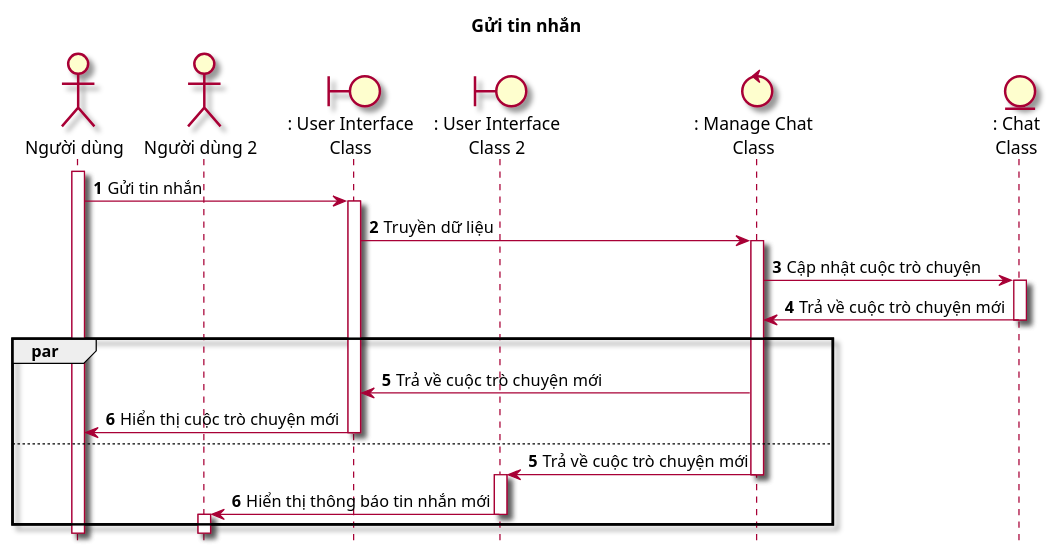
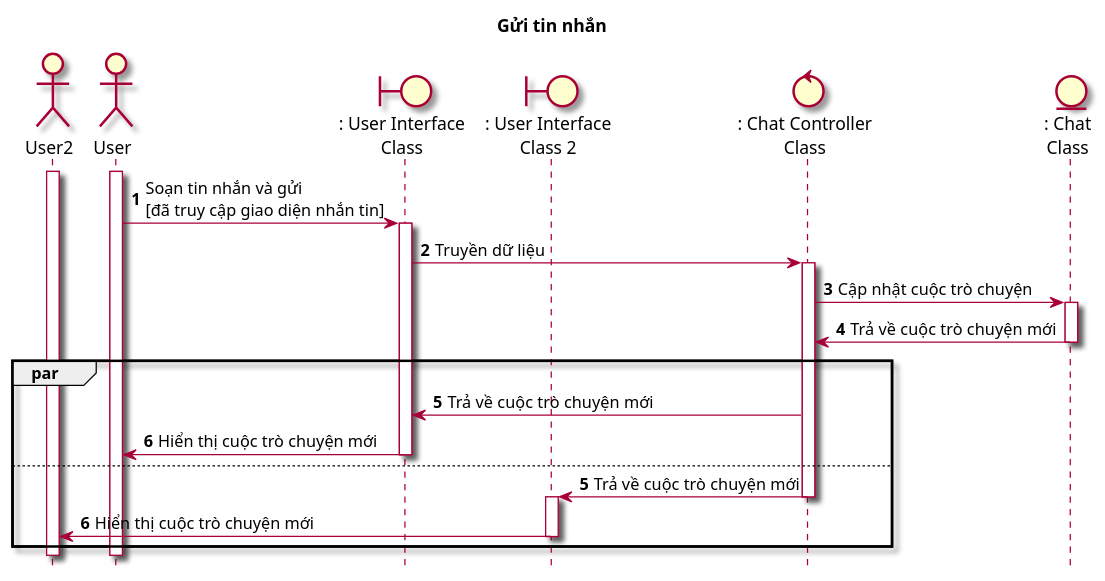
One commit to Griselda4774/EAS-EmploymentAssistanceSystem changed the diagram in Lab1/Lab 1.2 Diagram/Sequence/FilePUML/11.2. SeqGuiTinNhan.puml. Above: the diagram before and after it, drawn with PlantUML. The commit also changed 14 other files, not shown here.

```diff
--- a/Lab1/Lab 1.2 Diagram/Sequence/FilePUML/11.2. SeqGuiTinNhan.puml
+++ b/Lab1/Lab 1.2 Diagram/Sequence/FilePUML/11.2. SeqGuiTinNhan.puml
@@ -1,34 +1,34 @@
 @startuml SeqGuiTinNhan
 
 skin rose
 hide footbox
 title Gửi tin nhắn
 
-actor "Người dùng" as nguoiDung
-actor "Người dùng 2" as nguoiDung2
+actor User2 as user2
+actor User as user
 boundary ": User Interface\nClass" as userInterface
 boundary ": User Interface\nClass 2" as userInterface2
-control ": Manage Chat\nClass" as manageChat
+control ": Chat Controller\nClass" as chatController
 entity ": Chat\nClass" as Chat
 
 autonumber
-nguoiDung++
-nguoiDung -> userInterface++ : Gửi tin nhắn
-userInterface -> manageChat++ : Truyền dữ liệu
-manageChat -> Chat++ : Cập nhật cuộc trò chuyện
-Chat -> manageChat-- : Trả về cuộc trò chuyện mới
+user++
+user2++
+user -> userInterface++ : Soạn tin nhắn và gửi\n[đã truy cập giao diện nhắn tin]
+userInterface -> chatController++ : Truyền dữ liệu
+chatController -> Chat++ : Cập nhật cuộc trò chuyện
+Chat -> chatController-- : Trả về cuộc trò chuyện mới
 par
-    manageChat -> userInterface : Trả về cuộc trò chuyện mới
-    userInterface -> nguoiDung-- : Hiển thị cuộc trò chuyện mới
+    chatController -> userInterface : Trả về cuộc trò chuyện mới
+    userInterface -> user-- : Hiển thị cuộc trò chuyện mới
 else
     autonumber 5
-    manageChat -> userInterface2-- : Trả về cuộc trò chuyện mới
+    chatController -> userInterface2-- : Trả về cuộc trò chuyện mới
     userInterface2++
-    userInterface2 -> nguoiDung2-- : Hiển thị thông báo tin nhắn mới
-    nguoiDung2++
+    userInterface2 -> user2-- : Hiển thị cuộc trò chuyện mới
 end
 
-nguoiDung--
-nguoiDung2--
+user--
+user2--
 
 @enduml
```
